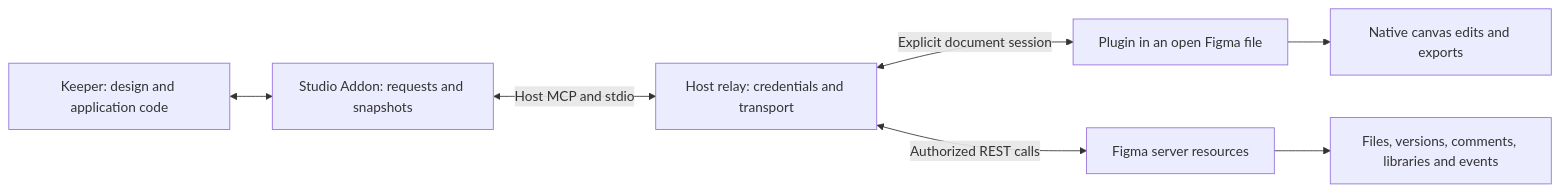
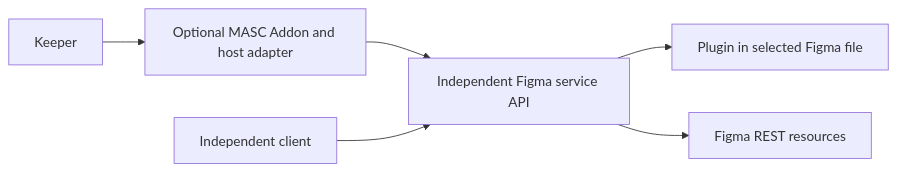
Before and after one commit to jeong-sik/masc: the diagram in docs/design/figma-platform-capabilities.md, drawn with Mermaid. The commit also changed other lines of this file and 12 other files, not shown here.

Commit message:
fix(figma): withdraw coupled Studio addon and defer redesign

````diff
--- a/docs/design/figma-platform-capabilities.md
+++ b/docs/design/figma-platform-capabilities.md
@@ -28,9 +30,8 @@
 ```mermaid
 flowchart LR
-    K[Keeper: design and application code] <--> A[Studio Addon: requests and snapshots]
-    A <-->|Host MCP and stdio| R[Host relay: credentials and transport]
-    R <-->|Explicit document session| P[Plugin in an open Figma file]
-    R <-->|Authorized REST calls| F[Figma server resources]
-    P --> C[Native canvas edits and exports]
-    F --> D[Files, versions, comments, libraries and events]
+    K[Keeper] --> A[Optional MASC Addon and host adapter]
+    A --> S[Independent Figma service API]
+    C[Independent client] --> S
+    S --> P[Plugin in selected Figma file]
+    S --> F[Figma REST resources]
 ```
````
